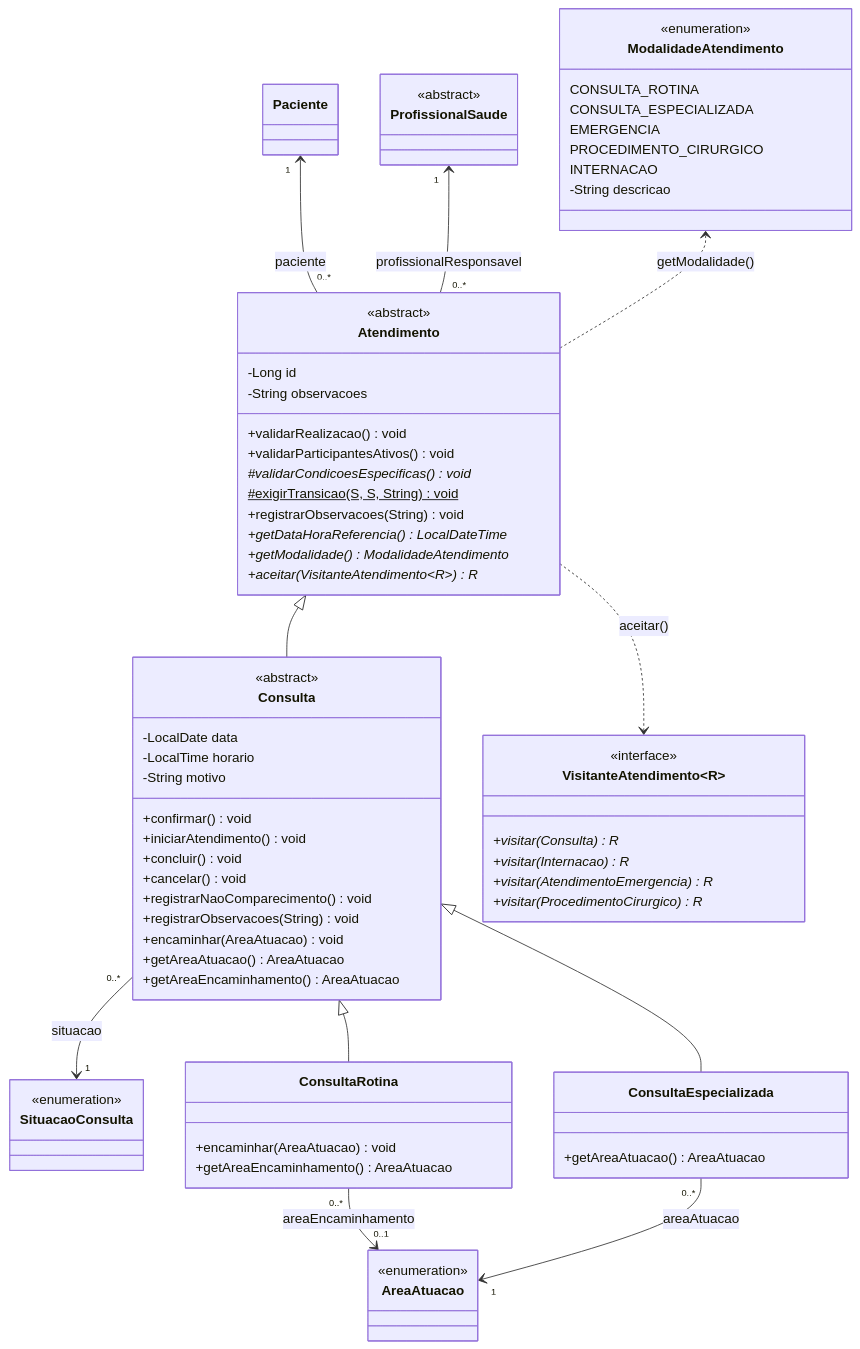
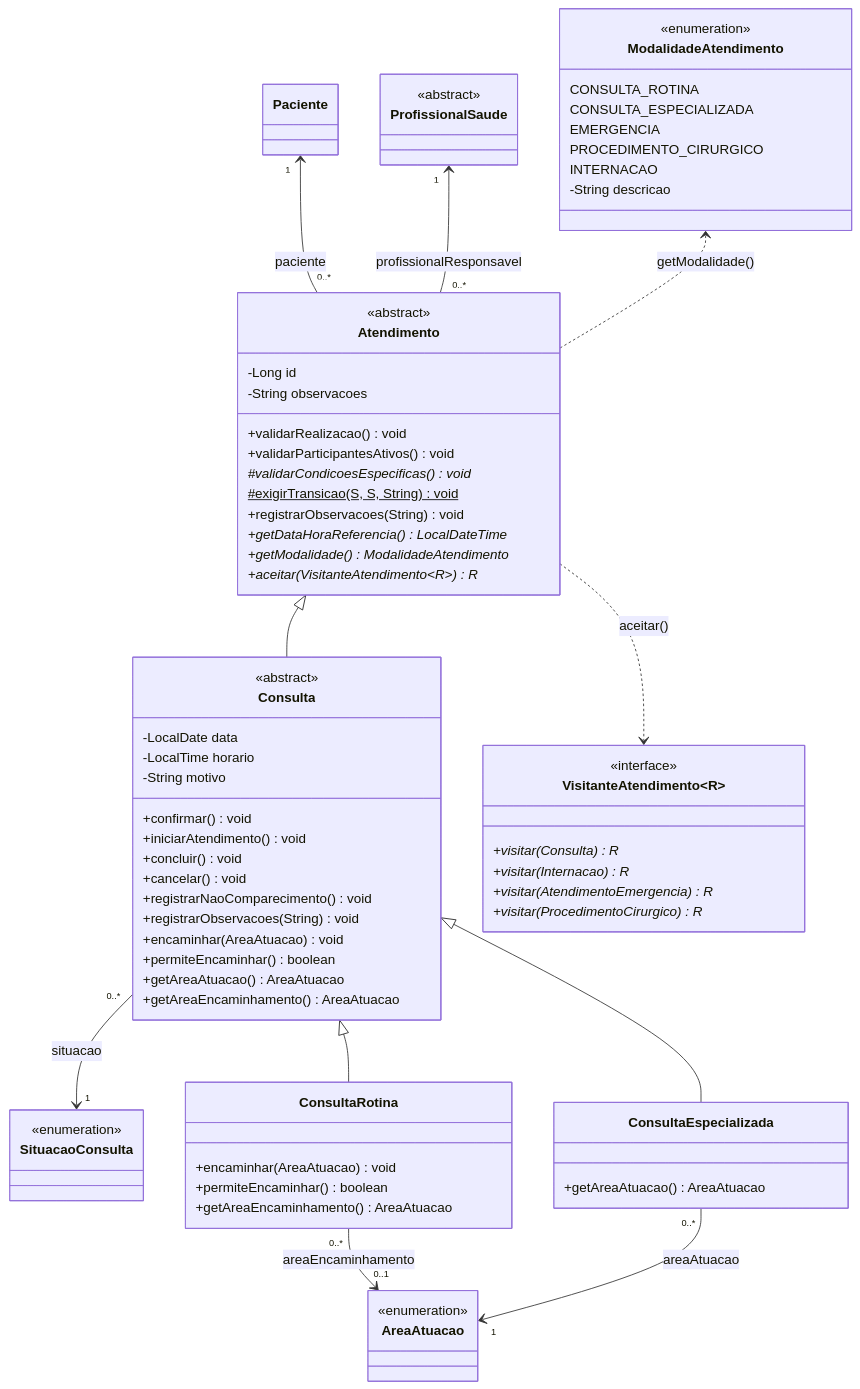
One commit to pedrolsrt/sistema-hospitalar changed the fifth of 10 diagrams in docs/diagrama-de-classes.md. Above: the diagram before and after it, drawn with Mermaid. The commit also changed 15 other files, not shown here.

````diff
--- a/docs/diagrama-de-classes.md
+++ b/docs/diagrama-de-classes.md
@@ -337,77 +337,79 @@
 ```mermaid
 classDiagram
     direction TB
 
     class Paciente
     class ProfissionalSaude { <<abstract>> }
     class AreaAtuacao { <<enumeration>> }
     class SituacaoConsulta { <<enumeration>> }
 
     class Atendimento {
         <<abstract>>
         -Long id
         -String observacoes
         +validarRealizacao() void
         +validarParticipantesAtivos() void
         #validarCondicoesEspecificas()* void
         #exigirTransicao(S, S, String)$ void
         +registrarObservacoes(String) void
         +getDataHoraReferencia()* LocalDateTime
         +getModalidade()* ModalidadeAtendimento
         +aceitar(VisitanteAtendimento~R~)* R
     }
 
     class Consulta {
         <<abstract>>
         -LocalDate data
         -LocalTime horario
         -String motivo
         +confirmar() void
         +iniciarAtendimento() void
         +concluir() void
         +cancelar() void
         +registrarNaoComparecimento() void
         +registrarObservacoes(String) void
         +encaminhar(AreaAtuacao) void
+        +permiteEncaminhar() boolean
         +getAreaAtuacao() AreaAtuacao
         +getAreaEncaminhamento() AreaAtuacao
     }
 
     class ConsultaRotina {
         +encaminhar(AreaAtuacao) void
+        +permiteEncaminhar() boolean
         +getAreaEncaminhamento() AreaAtuacao
     }
 
     class ConsultaEspecializada {
         +getAreaAtuacao() AreaAtuacao
     }
 
     class ModalidadeAtendimento {
         <<enumeration>>
         CONSULTA_ROTINA
         CONSULTA_ESPECIALIZADA
         EMERGENCIA
         PROCEDIMENTO_CIRURGICO
         INTERNACAO
         -String descricao
     }
 
     class VisitanteAtendimento~R~ {
         <<interface>>
         +visitar(Consulta)* R
         +visitar(Internacao)* R
         +visitar(AtendimentoEmergencia)* R
         +visitar(ProcedimentoCirurgico)* R
     }
 
     Paciente "1" <-- "0..*" Atendimento : paciente
     ProfissionalSaude "1" <-- "0..*" Atendimento : profissionalResponsavel
     ModalidadeAtendimento <.. Atendimento : getModalidade()
     Atendimento <|-- Consulta
     Consulta <|-- ConsultaRotina
     Consulta <|-- ConsultaEspecializada
     ConsultaRotina "0..*" --> "0..1" AreaAtuacao : areaEncaminhamento
     ConsultaEspecializada "0..*" --> "1" AreaAtuacao : areaAtuacao
     Consulta "0..*" --> "1" SituacaoConsulta : situacao
     Atendimento ..> VisitanteAtendimento : aceitar()
 ```
````
